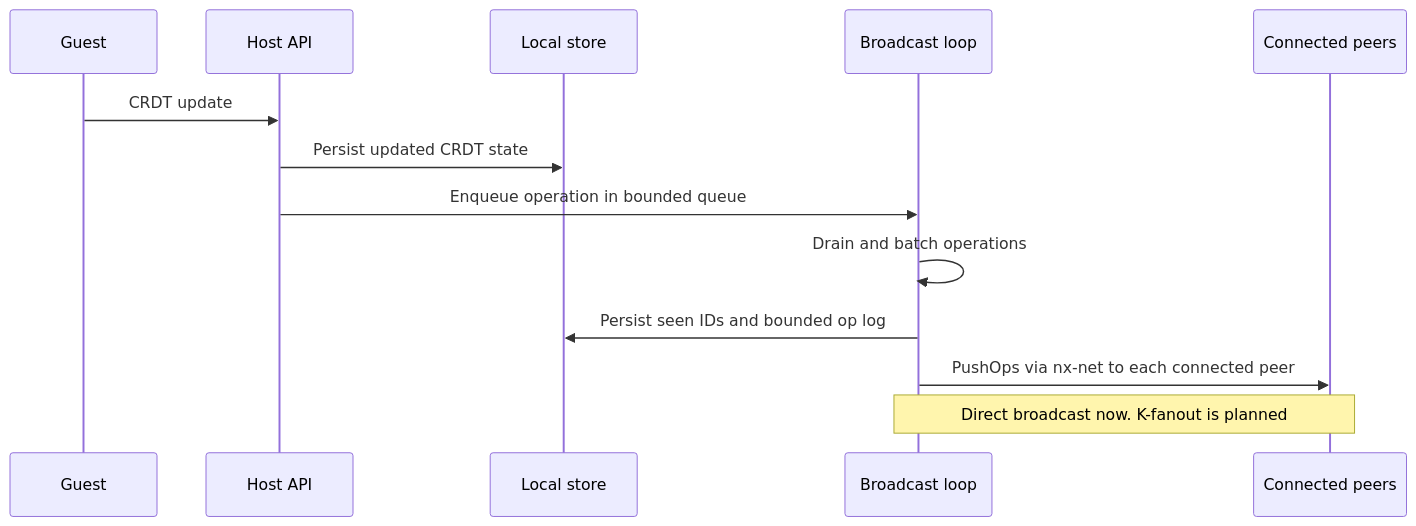
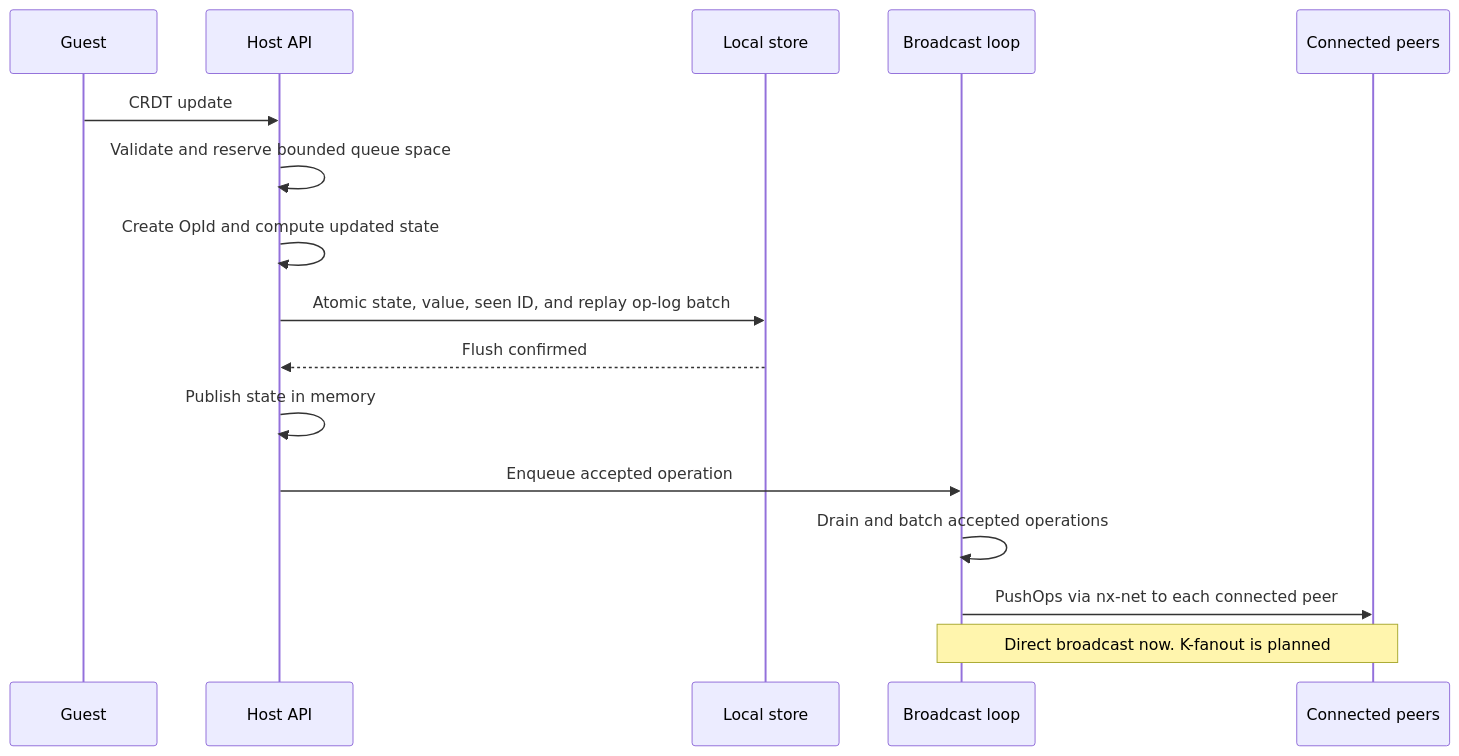
Before and after one commit to GianIac/numax: the diagram in docs/nx-site/public/diagrams/concepts/current-broadcast.mmd, drawn with Mermaid. The commit also changed 11 other files, not shown here.

Commit message:
enhance peer discovery and CRDT operation handling and more

```diff
--- a/docs/nx-site/public/diagrams/concepts/current-broadcast.mmd
+++ b/docs/nx-site/public/diagrams/concepts/current-broadcast.mmd
@@ -1,13 +1,16 @@
 sequenceDiagram
     participant Guest as Guest
     participant Host as Host API
     participant Store as Local store
     participant Broadcast as Broadcast loop
     participant Peers as Connected peers
     Guest->>Host: CRDT update
-    Host->>Store: Persist updated CRDT state
-    Host->>Broadcast: Enqueue operation in bounded queue
-    Broadcast->>Broadcast: Drain and batch operations
-    Broadcast->>Store: Persist seen IDs and bounded op log
+    Host->>Host: Validate and reserve bounded queue space
+    Host->>Host: Create OpId and compute updated state
+    Host->>Store: Atomic state, value, seen ID, and replay op-log batch
+    Store-->>Host: Flush confirmed
+    Host->>Host: Publish state in memory
+    Host->>Broadcast: Enqueue accepted operation
+    Broadcast->>Broadcast: Drain and batch accepted operations
     Broadcast->>Peers: PushOps via nx-net to each connected peer
     Note over Broadcast,Peers: Direct broadcast now. K-fanout is planned
```
